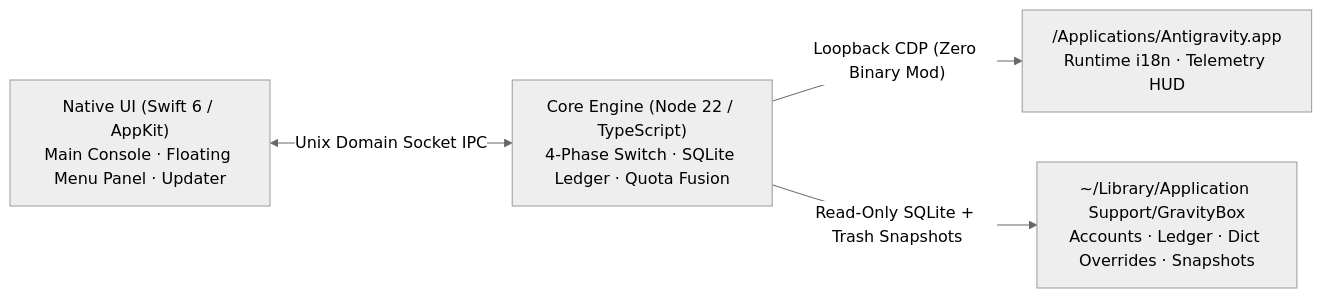
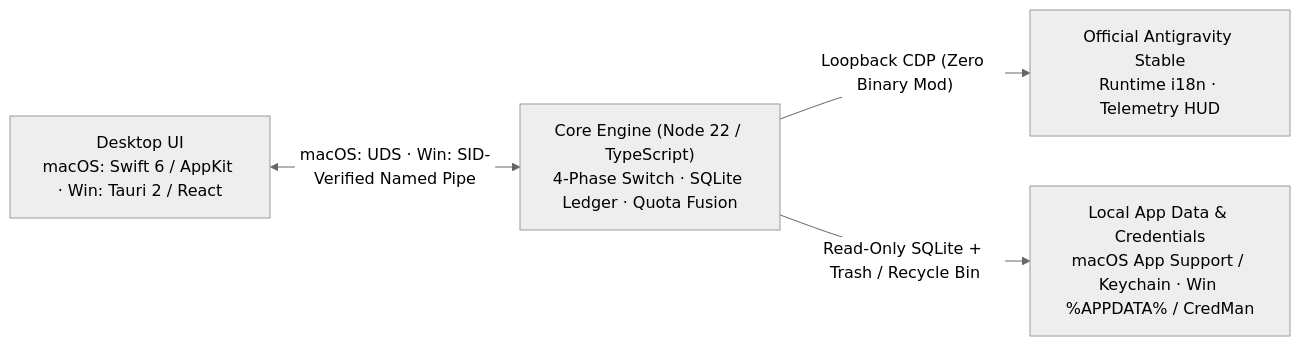
The diagram in README.md (Agonie0v0/gravitybox), drawn with Mermaid (neutral theme) before and after one commit. The commit also changed other lines of this file and 21 other files, not shown here.

````diff
--- a/README.md
+++ b/README.md
@@ -274,6 +300,6 @@
 ```mermaid
 flowchart LR
-  UI["Native UI (Swift 6 / AppKit)<br/>Main Console · Floating Menu Panel · Updater"] <-->|"Unix Domain Socket IPC"| Core["Core Engine (Node 22 / TypeScript)<br/>4-Phase Switch · SQLite Ledger · Quota Fusion"]
-  Core -->|"Loopback CDP (Zero Binary Mod)"| IDE["/Applications/Antigravity.app<br/>Runtime i18n · Telemetry HUD"]
-  Core -->|"Read-Only SQLite + Trash Snapshots"| Local["~/Library/Application Support/GravityBox<br/>Accounts · Ledger · Dict Overrides · Snapshots"]
+  UI["Desktop UI<br/>macOS: Swift 6 / AppKit · Win: Tauri 2 / React"] <-->|"macOS: UDS · Win: SID-Verified Named Pipe"| Core["Core Engine (Node 22 / TypeScript)<br/>4-Phase Switch · SQLite Ledger · Quota Fusion"]
+  Core -->|"Loopback CDP (Zero Binary Mod)"| IDE["Official Antigravity Stable<br/>Runtime i18n · Telemetry HUD"]
+  Core -->|"Read-Only SQLite + Trash / Recycle Bin"| Local["Local App Data & Credentials<br/>macOS App Support / Keychain · Win %APPDATA% / CredMan"]
 ```
````
